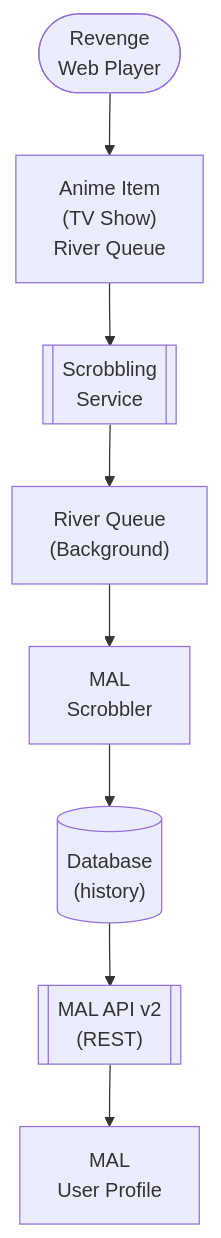
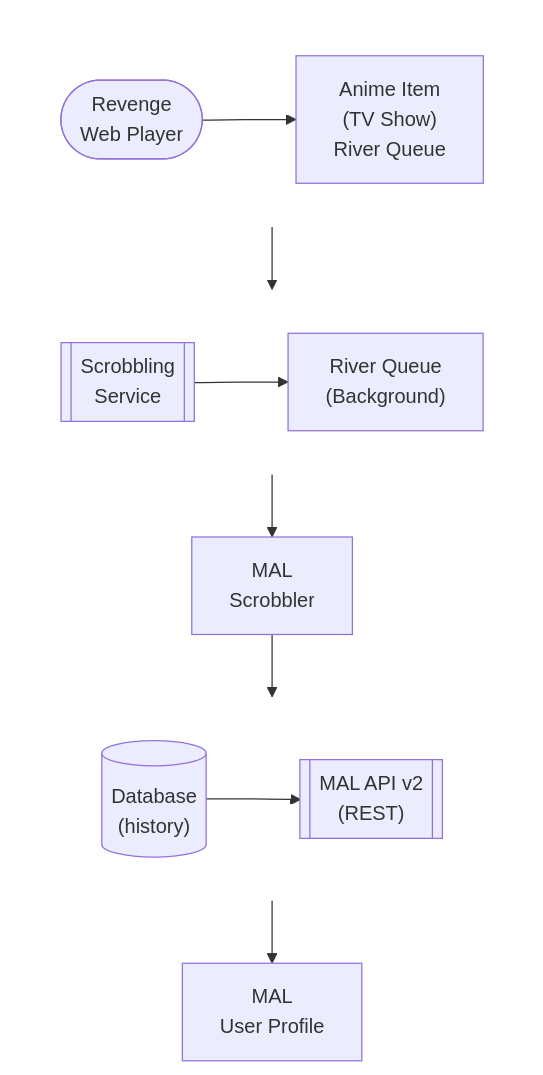
One commit to lusoris/revenge changed the diagram in docs/dev/design/integrations/anime/MYANIMELIST.md. Above: the diagram before and after it, drawn with Mermaid. The commit also changed 210 other files, not shown here.

First line of the commit message:
feat(docs): Add horizontal layout support for Mermaid diagrams

````diff
--- a/docs/dev/design/integrations/anime/MYANIMELIST.md
+++ b/docs/dev/design/integrations/anime/MYANIMELIST.md
@@ -63,18 +63,32 @@
 ```mermaid
 flowchart TD
-    node1(["Revenge<br/>Web Player"])
-    node2["Anime Item<br/>(TV Show)<br/>River Queue"]
-    node3[["Scrobbling<br/>Service"]]
-    node4["River Queue<br/>(Background)"]
+    subgraph row1[ ]
+        direction LR
+        node1(["Revenge<br/>Web Player"])
+        node2["Anime Item<br/>(TV Show)<br/>River Queue"]
+    end
+    subgraph row2[ ]
+        direction LR
+        node3[["Scrobbling<br/>Service"]]
+        node4["River Queue<br/>(Background)"]
+    end
     node5["MAL<br/>Scrobbler"]
-    node6[("Database<br/>(history)")]
-    node7[["MAL API v2<br/>(REST)"]]
+    subgraph row3[ ]
+        direction LR
+        node6[("Database<br/>(history)")]
+        node7[["MAL API v2<br/>(REST)"]]
+    end
     node8["MAL<br/>User Profile"]
     node1 --> node2
     node3 --> node4
     node6 --> node7
     node2 --> node3
     node4 --> node5
     node5 --> node6
     node7 --> node8
+
+    %% Hide row subgraph borders
+    style row1 fill:transparent,stroke:transparent
+    style row2 fill:transparent,stroke:transparent
+    style row3 fill:transparent,stroke:transparent
 ```
````
